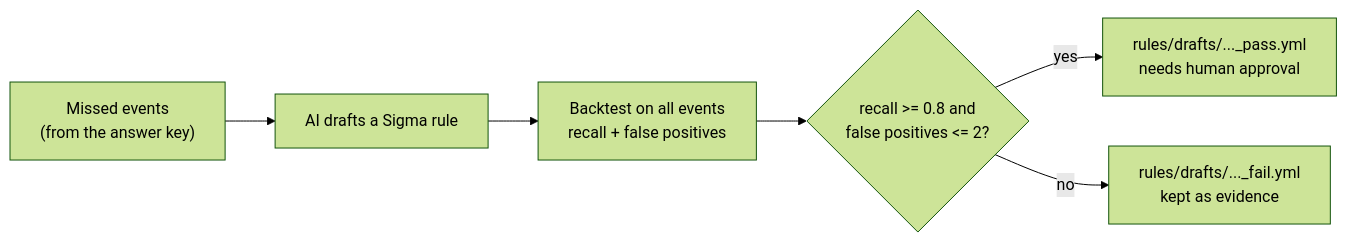
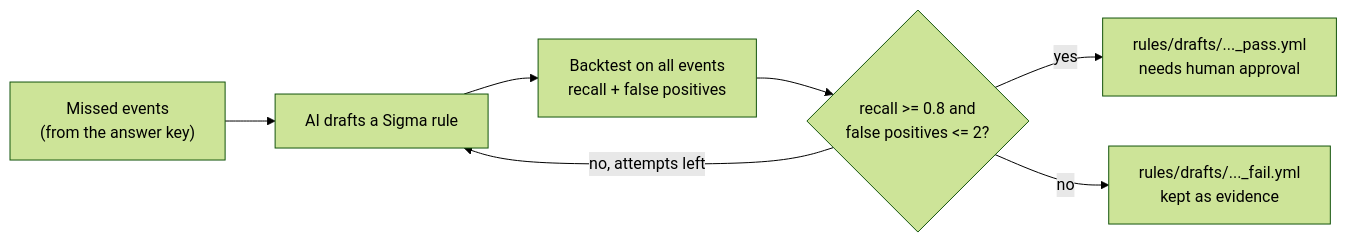
Diagram 11 of 11 in docs/BUILD_GUIDE.md (maverick-iac/ai-triage-assurance-lab), drawn with Mermaid (forest theme) before and after one commit. The commit also changed other lines of this file and 19 other files, not shown here.

````diff
--- a/docs/BUILD_GUIDE.md
+++ b/docs/BUILD_GUIDE.md
@@ -411,8 +451,9 @@
 ```mermaid
 flowchart LR
     M["Missed events<br/>(from the answer key)"] --> D["AI drafts a Sigma rule"]
     D --> B["Backtest on all events<br/>recall + false positives"]
     B --> G{"recall >= 0.8 and<br/>false positives <= 2?"}
+    G -- "no, attempts left" --> D
     G -- yes --> P["rules/drafts/..._pass.yml<br/>needs human approval"]
     G -- no --> F["rules/drafts/..._fail.yml<br/>kept as evidence"]
 ```
````
